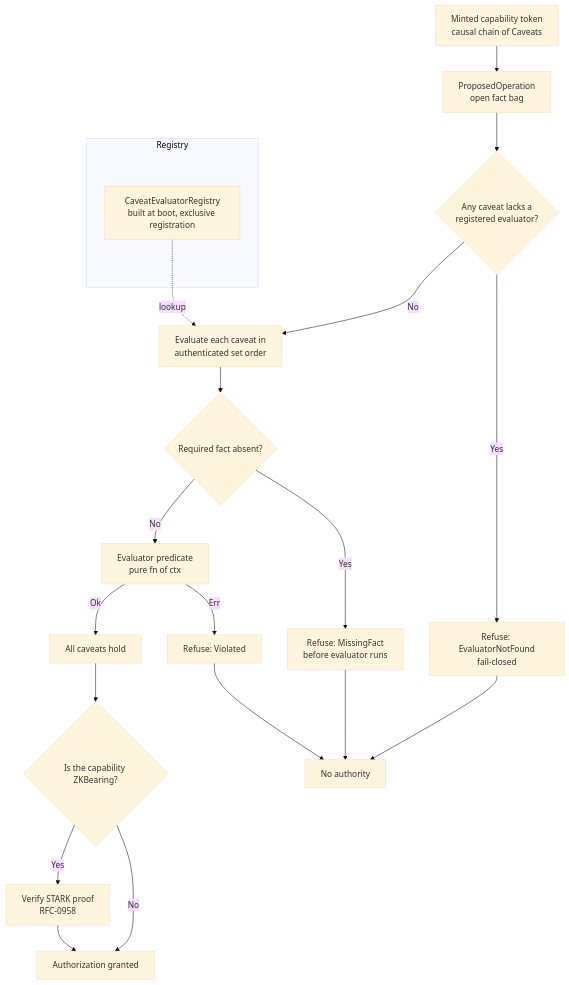
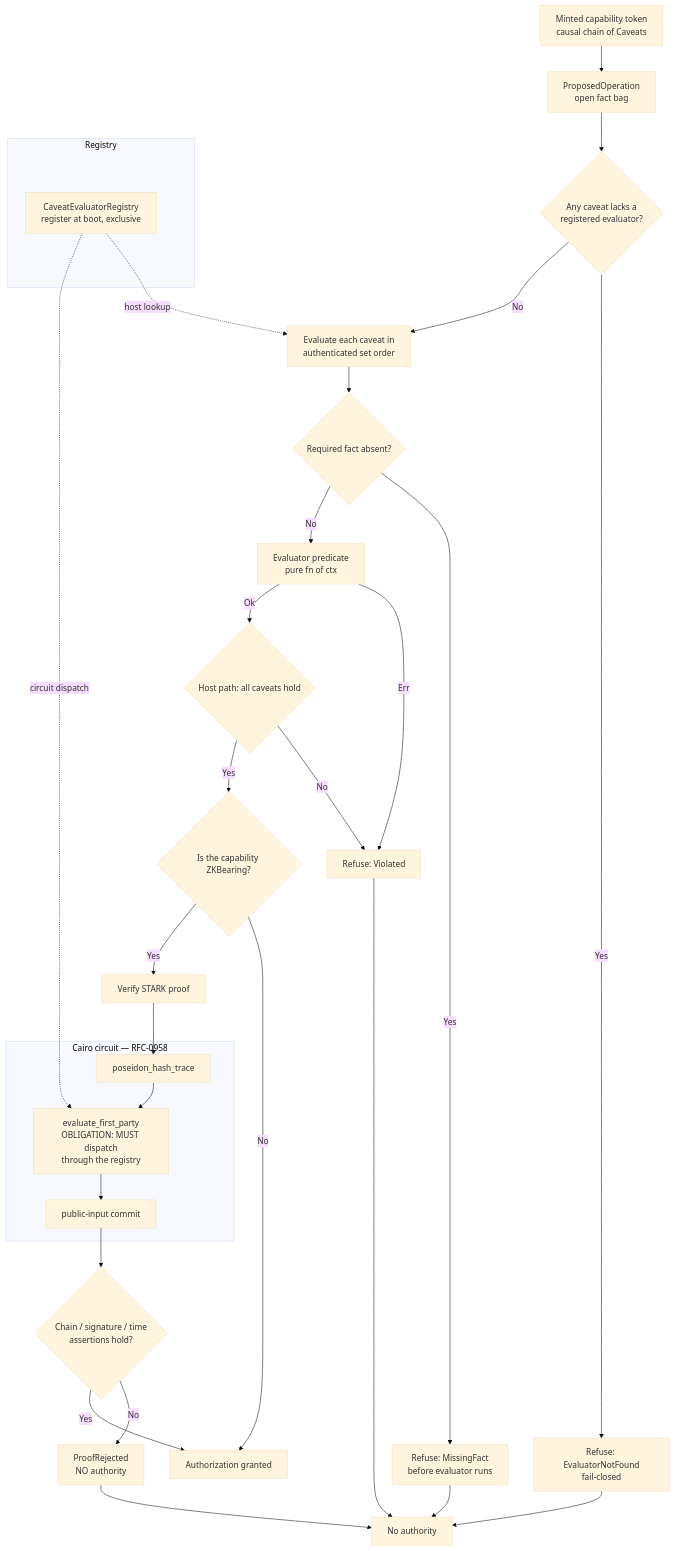
One commit to CipherOcto/cipherocto changed the second of 4 diagrams in rfcs/draft/economics/0974-zk-capability-platform-extension-surface.md. Above: the diagram before and after it, drawn with Mermaid (base theme). The commit also changed other lines of this file and 3 other files, not shown here.

````diff
--- a/rfcs/draft/economics/0974-zk-capability-platform-extension-surface.md
+++ b/rfcs/draft/economics/0974-zk-capability-platform-extension-surface.md
@@ -541,24 +548,36 @@
 ```mermaid
 graph TD
     A[Minted capability token<br/>causal chain of Caveats] --> B[ProposedOperation<br/>open fact bag]
     B --> C{Any caveat lacks a<br/>registered evaluator?}
     C -->|Yes| R1[Refuse: EvaluatorNotFound<br/>fail-closed]
     C -->|No| D[Evaluate each caveat in<br/>authenticated set order]
     D --> E{Required fact absent?}
     E -->|Yes| R2[Refuse: MissingFact<br/>before evaluator runs]
     E -->|No| F[Evaluator predicate<br/>pure fn of ctx]
     F -->|Err| R3[Refuse: Violated]
-    F -->|Ok| G[All caveats hold]
-    G --> H{Is the capability ZKBearing?}
-    H -->|Yes| I[Verify STARK proof<br/>RFC-0958]
+    F -->|Ok| G{Host path: all caveats hold}
+    G -->|No| R3
+    G -->|Yes| H{Is the capability ZKBearing?}
     H -->|No| J[Authorization granted]
-    I --> J
+    H -->|Yes| I[Verify STARK proof]
+
+    subgraph Circuit["Cairo circuit — RFC-0958"]
+        P1[poseidon_hash_trace] --> P2["evaluate_first_party<br/>OBLIGATION: MUST dispatch<br/>through the registry"]
+        P2 --> P3[public-input commit]
+    end
+    I --> P1
+    P3 --> Q{Chain / signature / time<br/>assertions hold?}
+    Q -->|No| R4[ProofRejected<br/>NO authority]
+    Q -->|Yes| J
+
+    subgraph Registry
+        L[CaveatEvaluatorRegistry<br/>register at boot, exclusive]
+    end
+    L -.host lookup.-> D
+    L -.circuit dispatch.-> P2
+
     R1 --> K[No authority]
     R2 --> K
     R3 --> K
-
-    subgraph Registry
-        L[CaveatEvaluatorRegistry<br/>built at boot, exclusive registration]
-    end
-    L -.lookup.-> D
+    R4 --> K
 ```
````
